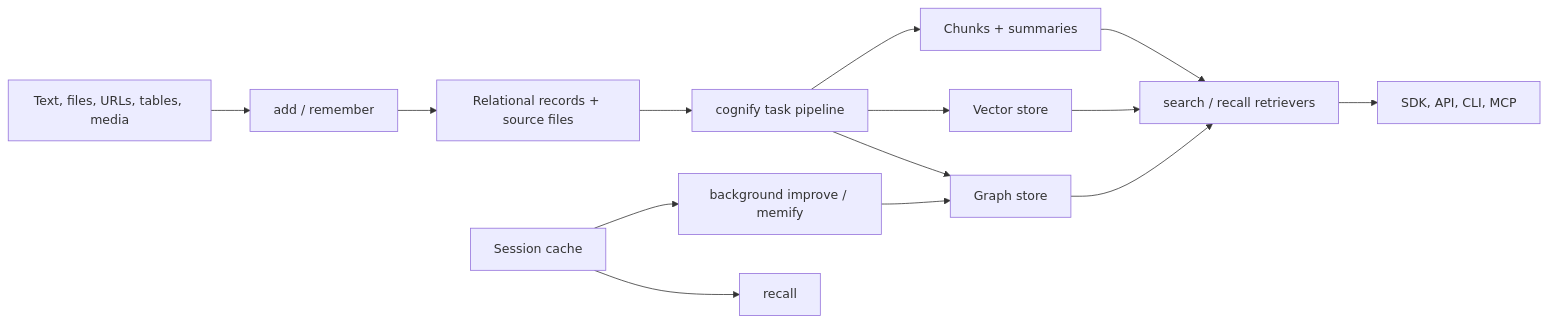
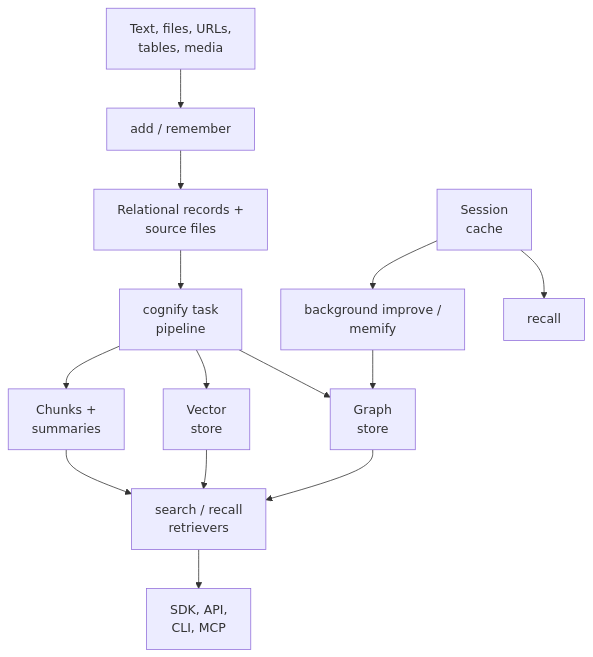
One commit to neoneye/agent-memory-atlas changed the diagram in content/systems/cognee.md. Above: the diagram before and after it, drawn with Mermaid. The commit also changed 99 other files, not shown here.

First line of the commit message:
Reshape the remaining 49 diagrams so their labels are legible

````diff
--- a/content/systems/cognee.md
+++ b/content/systems/cognee.md
@@ -82,16 +82,16 @@
 ```mermaid
-flowchart LR
-  Sources["Text, files, URLs, tables, media"] --> Add["add / remember"]
-  Add --> Raw["Relational records + source files"]
-  Raw --> Cognify["cognify task pipeline"]
-  Cognify --> Graph["Graph store"]
-  Cognify --> Vector["Vector store"]
-  Cognify --> Summary["Chunks + summaries"]
-  Session["Session cache"] --> Recall["recall"]
-  Session --> Improve["background improve / memify"]
+flowchart TD
+  Sources["Text, files, URLs,<br/>tables, media"] --> Add["add / remember"]
+  Add --> Raw["Relational records +<br/>source files"]
+  Raw --> Cognify["cognify task<br/>pipeline"]
+  Cognify --> Graph["Graph<br/>store"]
+  Cognify --> Vector["Vector<br/>store"]
+  Cognify --> Summary["Chunks +<br/>summaries"]
+  Session["Session<br/>cache"] --> Recall["recall"]
+  Session --> Improve["background improve /<br/>memify"]
   Improve --> Graph
-  Graph --> Search["search / recall retrievers"]
+  Graph --> Search["search / recall<br/>retrievers"]
   Vector --> Search
   Summary --> Search
-  Search --> Agent["SDK, API, CLI, MCP"]
+  Search --> Agent["SDK, API,<br/>CLI, MCP"]
 ```
````
